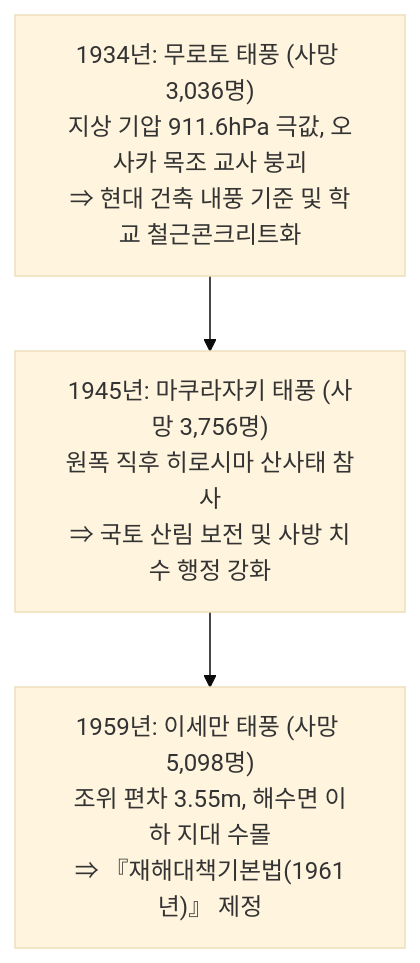
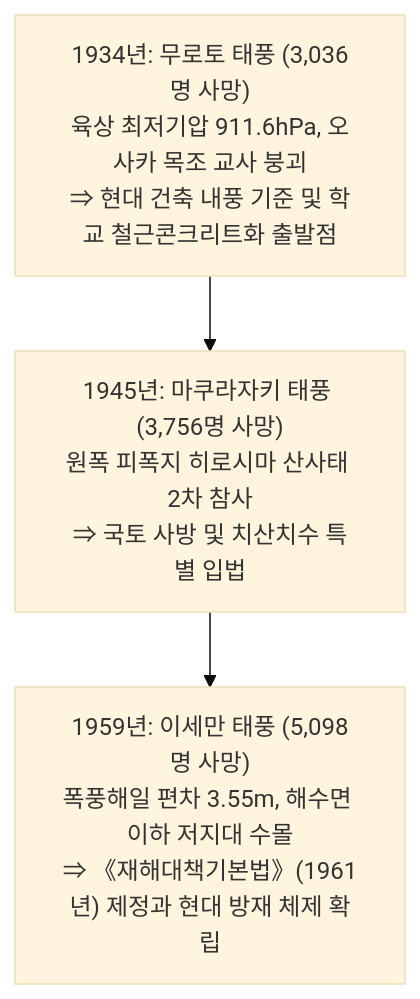
The seventh of 11 diagrams in content/post/typhoon-meteorology-mechanisms-historic-disasters-guide/index.ko.md (kenjinote/blog), drawn with Mermaid (base theme) before and after one commit. The commit also changed other lines of this file and 11 other files, not shown here.

````diff
--- a/content/post/typhoon-meteorology-mechanisms-historic-disasters-guide/index.ko.md
+++ b/content/post/typhoon-meteorology-mechanisms-historic-disasters-guide/index.ko.md
@@ -94,5 +213,5 @@
 ```mermaid
 flowchart TD
-    M1["1934년: 무로토 태풍 (사망 3,036명)<br/>지상 기압 911.6hPa 극값, 오사카 목조 교사 붕괴<br/>⇒ 현대 건축 내풍 기준 및 학교 철근콘크리트화"] --> M2["1945년: 마쿠라자키 태풍 (사망 3,756명)<br/>원폭 직후 히로시마 산사태 참사<br/>⇒ 국토 산림 보전 및 사방 치수 행정 강화"]
-    M2 --> M3["1959년: 이세만 태풍 (사망 5,098명)<br/>조위 편차 3.55m, 해수면 이하 지대 수몰<br/>⇒ 『재해대책기본법(1961년)』 제정"]
+    M1["1934년: 무로토 태풍 (3,036명 사망)<br/>육상 최저기압 911.6hPa, 오사카 목조 교사 붕괴<br/>⇒ 현대 건축 내풍 기준 및 학교 철근콘크리트화 출발점"] --> M2["1945년: 마쿠라자키 태풍 (3,756명 사망)<br/>원폭 피폭지 히로시마 산사태 2차 참사<br/>⇒ 국토 사방 및 치산치수 특별 입법"]
+    M2 --> M3["1959년: 이세만 태풍 (5,098명 사망)<br/>폭풍해일 편차 3.55m, 해수면 이하 저지대 수몰<br/>⇒ 《재해대책기본법》(1961년) 제정과 현대 방재 체제 확립"]
 ```
````
